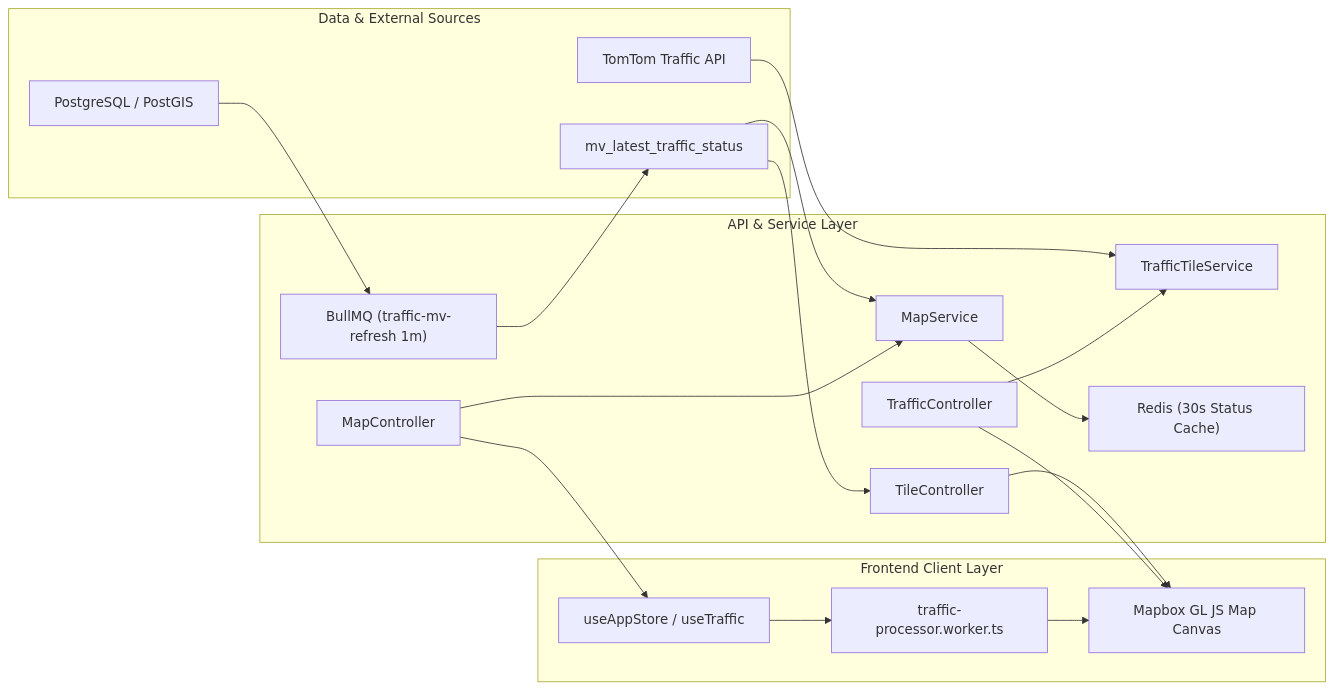
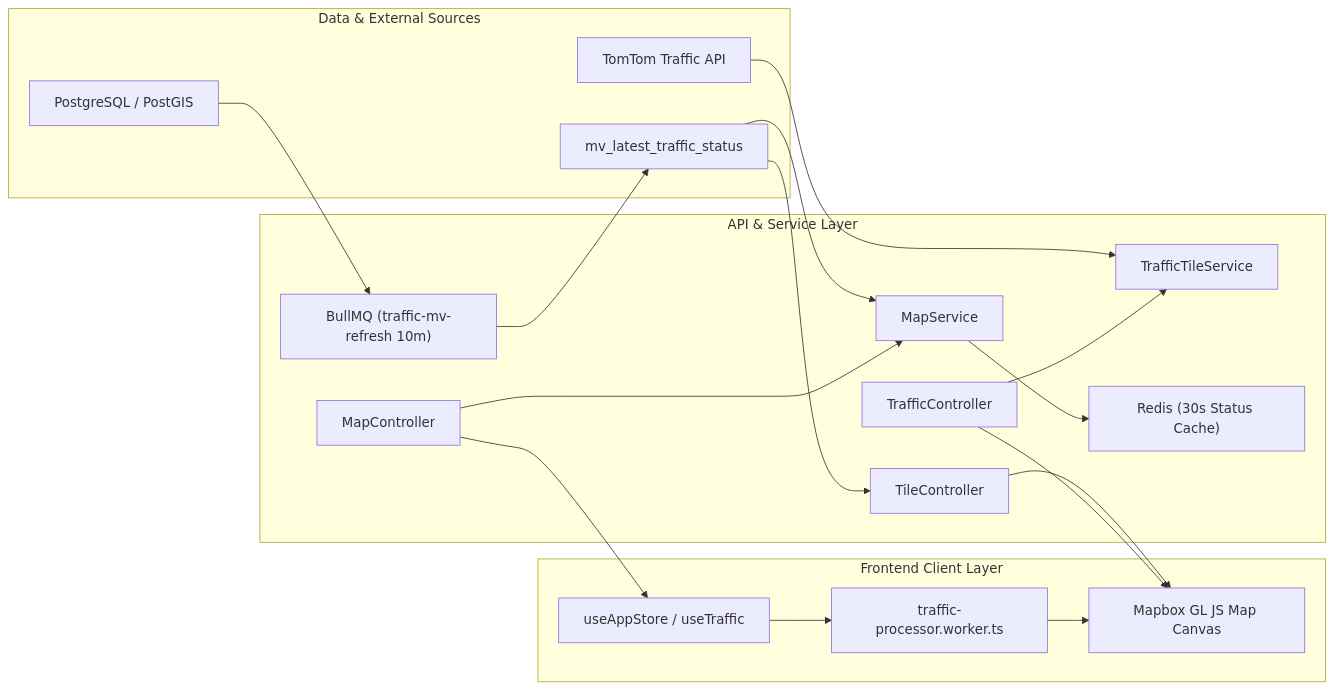
Before and after one commit to lowkeylurker/traffic-ioc: the first of 2 diagrams in openspec/specs/real-time-traffic-monitoring/spec.md, drawn with Mermaid. The commit also changed other lines of this file and 6 other files, not shown here.

Commit message:
[BE] Fix: Clean corridor analytics job logging, Mongoose deprecation, and update traffic MV refresh interval

````diff
--- a/openspec/specs/real-time-traffic-monitoring/spec.md
+++ b/openspec/specs/real-time-traffic-monitoring/spec.md
@@ -8,38 +11,38 @@
 ```mermaid
 flowchart LR
     subgraph DataSources ["Data & External Sources"]
         TomTom["TomTom Traffic API"]
         PG["PostgreSQL / PostGIS"]
         MV["mv_latest_traffic_status"]
     end
 
     subgraph BackendGateway ["API & Service Layer"]
         TrafficCtrl["TrafficController"]
         MapCtrl["MapController"]
         TileCtrl["TileController"]
         TrafficTileSvc["TrafficTileService"]
         MapSvc["MapService"]
         RedisCache["Redis (30s Status Cache)"]
-        MVRefresher["BullMQ (traffic-mv-refresh 1m)"]
+        MVRefresher["BullMQ (traffic-mv-refresh 10m)"]
     end
 
     subgraph Client ["Frontend Client Layer"]
         Worker["traffic-processor.worker.ts"]
         Mapbox["Mapbox GL JS Map Canvas"]
         Zustand["useAppStore / useTraffic"]
     end
 
     TomTom --> TrafficTileSvc
     PG --> MVRefresher
     MVRefresher --> MV
     MV --> TileCtrl
     MV --> MapSvc
     MapSvc --> RedisCache
     TrafficCtrl --> TrafficTileSvc
     MapCtrl --> MapSvc
     TileCtrl --> Mapbox
     TrafficCtrl --> Mapbox
     MapCtrl --> Zustand
     Zustand --> Worker
     Worker --> Mapbox
 ```
````
